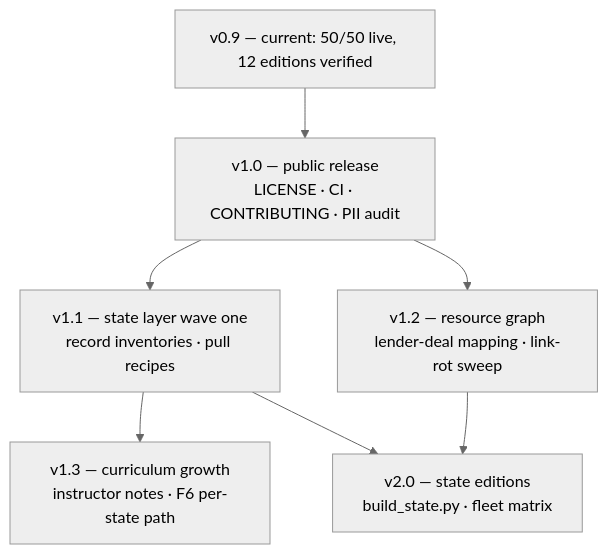
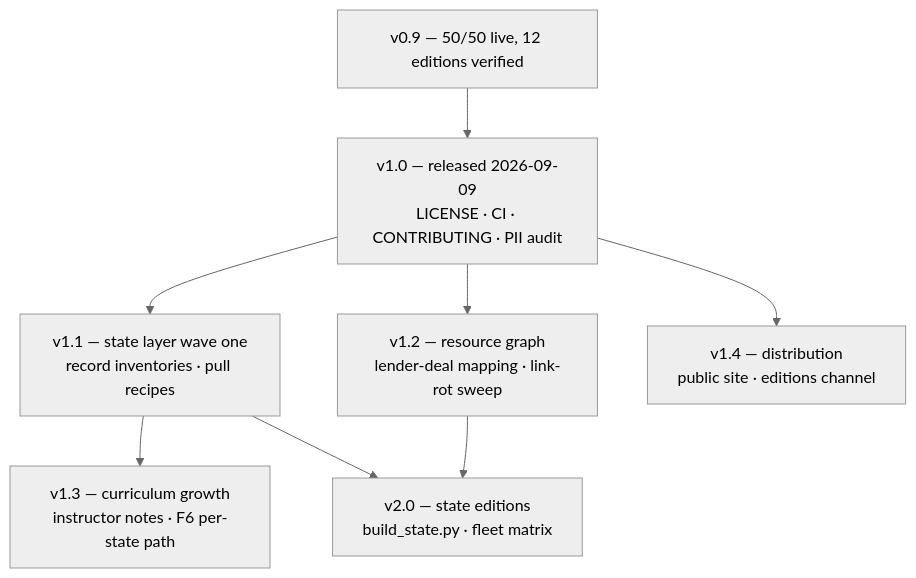
Before and after one commit to AGIFutureFoundation/Locator.X: the diagram in docs/ROADMAP.md, drawn with Mermaid (neutral theme). The commit also changed other lines of this file and 1 other file, not shown here.

First line of the commit message:
Reconcile the roadmap with what is actually true

````diff
--- a/docs/ROADMAP.md
+++ b/docs/ROADMAP.md
@@ -191,9 +235,10 @@
 ```mermaid
 graph TD
-  v09["v0.9 — current: 50/50 live, 12 editions verified"] --> v10["v1.0 — public release\nLICENSE · CI · CONTRIBUTING · PII audit"]
+  v09["v0.9 — 50/50 live, 12 editions verified"] --> v10["v1.0 — released 2026-09-09\nLICENSE · CI · CONTRIBUTING · PII audit"]
   v10 --> v11["v1.1 — state layer wave one\nrecord inventories · pull recipes"]
   v10 --> v12["v1.2 — resource graph\nlender-deal mapping · link-rot sweep"]
   v11 --> v13["v1.3 — curriculum growth\ninstructor notes · F6 per-state path"]
+  v10 --> v14["v1.4 — distribution\npublic site · editions channel"]
   v11 --> v20["v2.0 — state editions\nbuild_state.py · fleet matrix"]
   v12 --> v20
 ```
````
